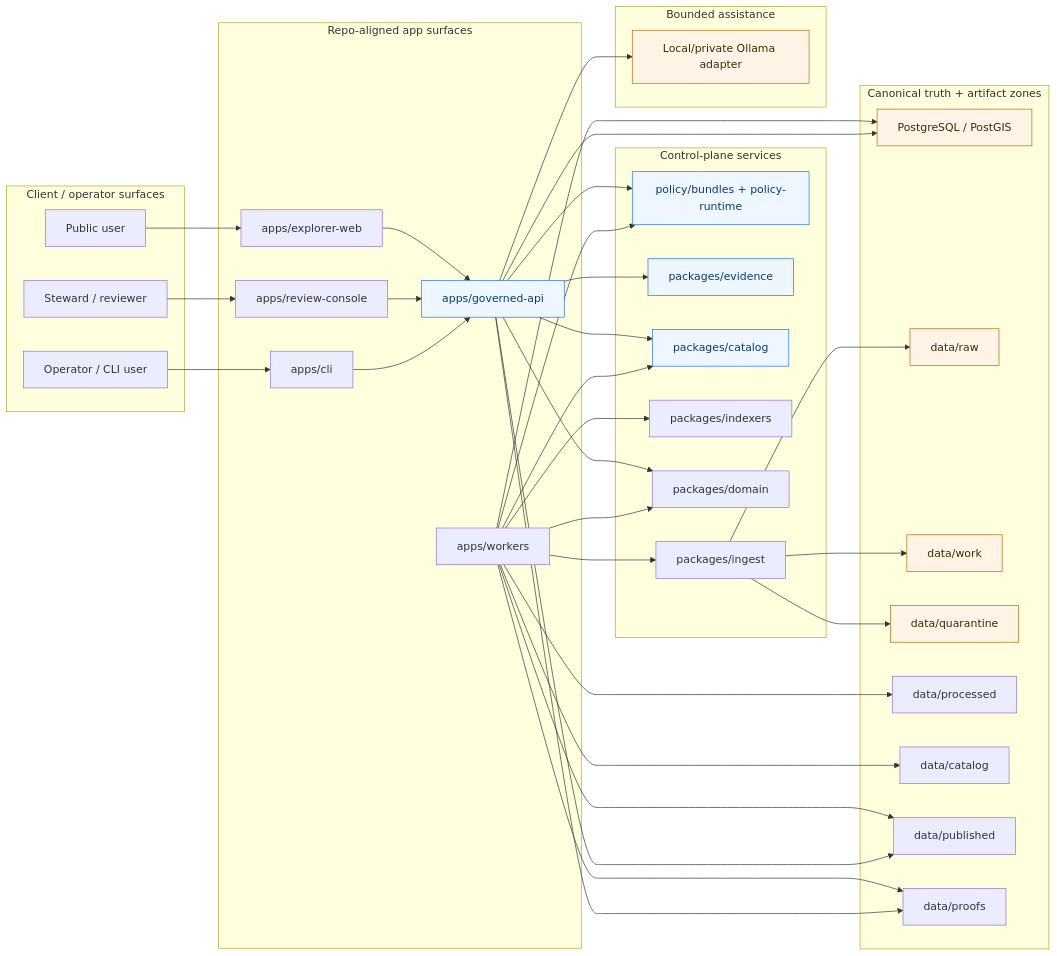
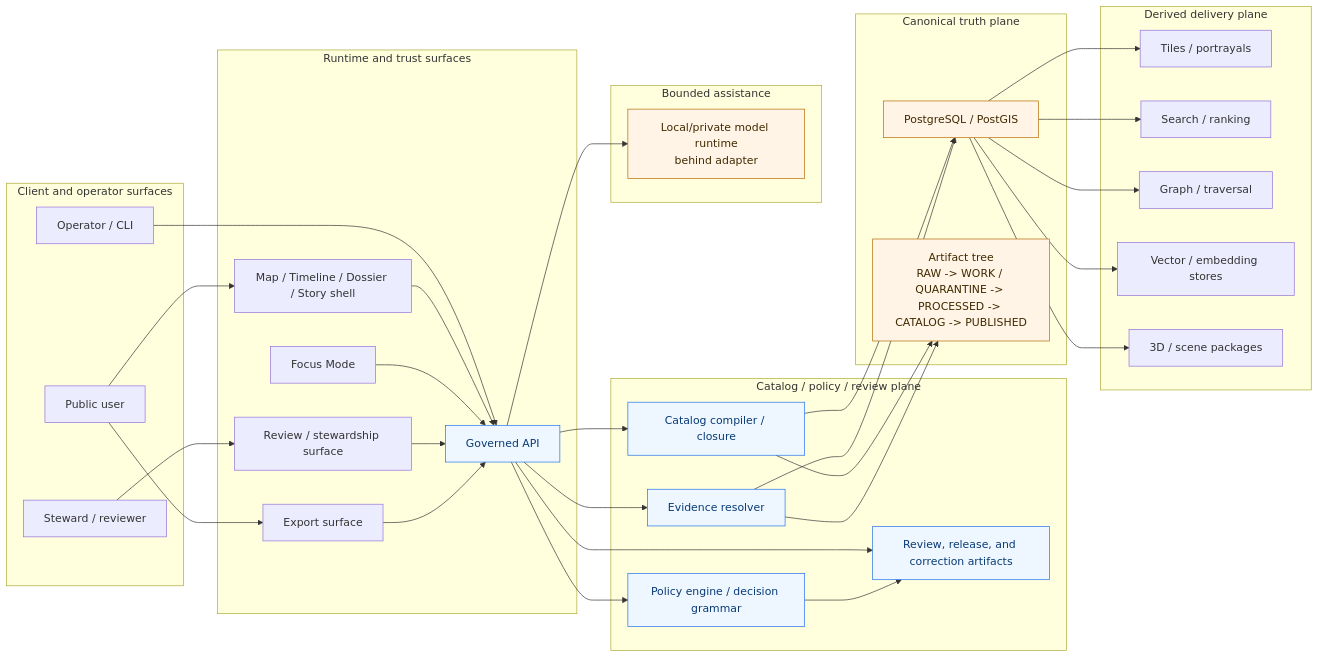
One commit to bartytime4life/Kansas-Frontier-Matrix changed the first of 2 diagrams in docs/architecture/DEPLOYMENT_TOPOLOGY.md. Above: the diagram before and after it, drawn with Mermaid. The commit also changed other lines of this file, not shown here.

````diff
--- a/docs/architecture/DEPLOYMENT_TOPOLOGY.md
+++ b/docs/architecture/DEPLOYMENT_TOPOLOGY.md
@@ -173,79 +193,75 @@
 ```mermaid
 flowchart LR
-    subgraph Clients["Client / operator surfaces"]
+    subgraph Users["Client and operator surfaces"]
         U["Public user"]
         S["Steward / reviewer"]
-        O["Operator / CLI user"]
+        O["Operator / CLI"]
     end
 
-    subgraph Apps["Repo-aligned app surfaces"]
-        EW["apps/explorer-web"]
-        RC["apps/review-console"]
-        CLI["apps/cli"]
-        API["apps/governed-api"]
-        WK["apps/workers"]
+    subgraph Edge["Runtime and trust surfaces"]
+        MAP["Map / Timeline / Dossier / Story shell"]
+        FOCUS["Focus Mode"]
+        API["Governed API"]
+        REVIEW["Review / stewardship surface"]
+        EXPORT["Export surface"]
     end
 
-    subgraph Control["Control-plane services"]
-        POL["policy/bundles + policy-runtime"]
-        EV["packages/evidence"]
-        CAT["packages/catalog"]
-        IDX["packages/indexers"]
-        DOM["packages/domain"]
-        ING["packages/ingest"]
+    subgraph Control["Catalog / policy / review plane"]
+        EVID["Evidence resolver"]
+        CATALOG["Catalog compiler / closure"]
+        POLICY["Policy engine / decision grammar"]
+        RECEIPTS["Review, release, and correction artifacts"]
     end
 
-    subgraph Canon["Canonical truth + artifact zones"]
+    subgraph Canon["Canonical truth plane"]
         DB["PostgreSQL / PostGIS"]
-        RAW["data/raw"]
-        WORK["data/work"]
-        Q["data/quarantine"]
-        PROC["data/processed"]
-        CATALOG["data/catalog"]
-        PUB["data/published"]
-        PROOFS["data/proofs"]
+        ART["Artifact tree\nRAW -> WORK / QUARANTINE -> PROCESSED -> CATALOG -> PUBLISHED"]
+    end
+
+    subgraph Derived["Derived delivery plane"]
+        TILES["Tiles / portrayals"]
+        SEARCH["Search / ranking"]
+        GRAPH["Graph / traversal"]
+        VECTOR["Vector / embedding stores"]
+        SCENE["3D / scene packages"]
     end
 
     subgraph Assist["Bounded assistance"]
-        OLL["Local/private Ollama adapter"]
+        MODEL["Local/private model runtime\nbehind adapter"]
     end
 
-    U --> EW
-    S --> RC
-    O --> CLI
+    U --> MAP
+    U --> EXPORT
+    S --> REVIEW
+    O --> API
 
-    EW --> API
-    RC --> API
-    CLI --> API
-    API --> POL
-    API --> EV
-    API --> CAT
-    API --> DOM
+    MAP --> API
+    FOCUS --> API
+    REVIEW --> API
+    EXPORT --> API
 
-    WK --> ING
-    WK --> DOM
-    WK --> CAT
-    WK --> IDX
-    WK --> POL
+    API --> EVID
+    API --> POLICY
+    API --> CATALOG
+    API --> RECEIPTS
 
-    ING --> RAW
-    ING --> WORK
-    ING --> Q
-    WK --> PROC
-    WK --> CATALOG
-    WK --> PUB
-    WK --> PROOFS
+    CATALOG --> DB
+    CATALOG --> ART
+    POLICY --> RECEIPTS
+    EVID --> ART
+    EVID --> DB
 
-    API --> PUB
-    API --> PROOFS
-    WK --> DB
-    API --> DB
+    DB --> TILES
+    DB --> SEARCH
+    DB --> GRAPH
+    DB --> VECTOR
+    DB --> SCENE
 
-    API --> OLL
+    API --> MODEL
 
+    classDef trust fill:#eef7ff,stroke:#1f6feb,color:#083a75;
     classDef caution fill:#fff4e5,stroke:#b26a00,color:#3f2a00;
-    classDef trust fill:#eef7ff,stroke:#1f6feb,color:#083a75;
 
-    class API,POL,EV,CAT trust;
-    class DB,RAW,WORK,Q,OLL caution;
+    class API,EVID,CATALOG,POLICY,RECEIPTS trust;
+    class DB,ART,MODEL caution;
 ```
````
